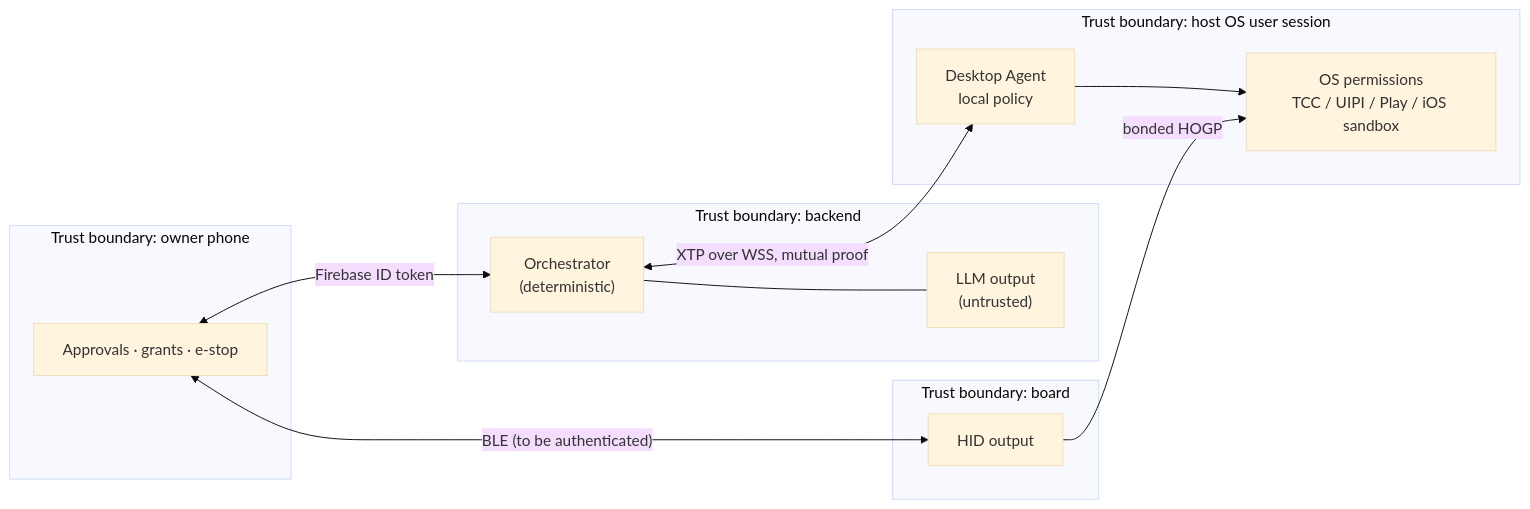
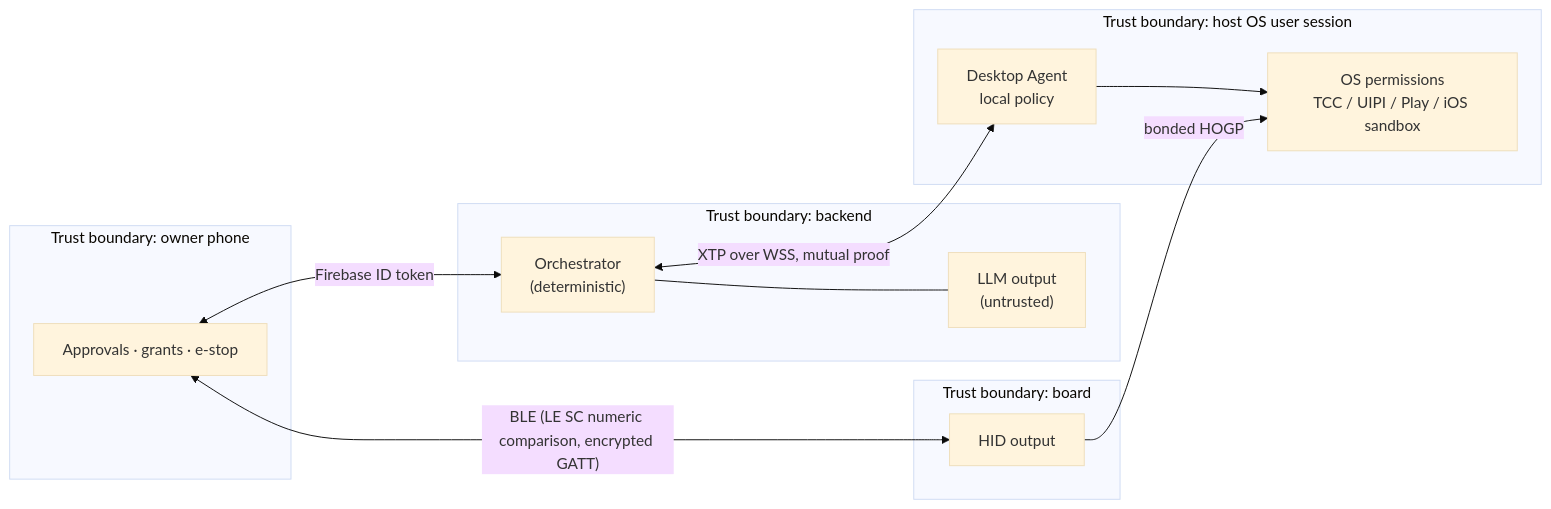
Before and after one commit to xthao28/xuna_pet: the first of 2 diagrams in docs/architecture/XUNA_DEVICE_CONTROL_SECURITY.md, drawn with Mermaid (base theme). The commit also changed other lines of this file and 5 other files, not shown here.

Commit message:
feat(device-control): complete UDC-2 secure channel and BLE HID remote

````diff
--- a/docs/architecture/XUNA_DEVICE_CONTROL_SECURITY.md
+++ b/docs/architecture/XUNA_DEVICE_CONTROL_SECURITY.md
@@ -34,19 +34,19 @@
 ```mermaid
 flowchart LR
   subgraph TB1["Trust boundary: host OS user session"]
     Agent["Desktop Agent<br/>local policy"] --> OS["OS permissions<br/>TCC / UIPI / Play / iOS sandbox"]
   end
   subgraph TB2["Trust boundary: backend"]
     Orch["Orchestrator<br/>(deterministic)"] --- LLM["LLM output<br/>(untrusted)"]
   end
   subgraph TB3["Trust boundary: owner phone"]
     App["Approvals · grants · e-stop"]
   end
   subgraph TB4["Trust boundary: board"]
     HID["HID output"]
   end
   Orch <-- "XTP over WSS, mutual proof" --> Agent
   App <-- "Firebase ID token" --> Orch
-  App <-- "BLE (to be authenticated)" --> HID
+  App <-- "BLE (LE SC numeric comparison, encrypted GATT)" --> HID
   HID -- "bonded HOGP" --> OS
 ```
````
